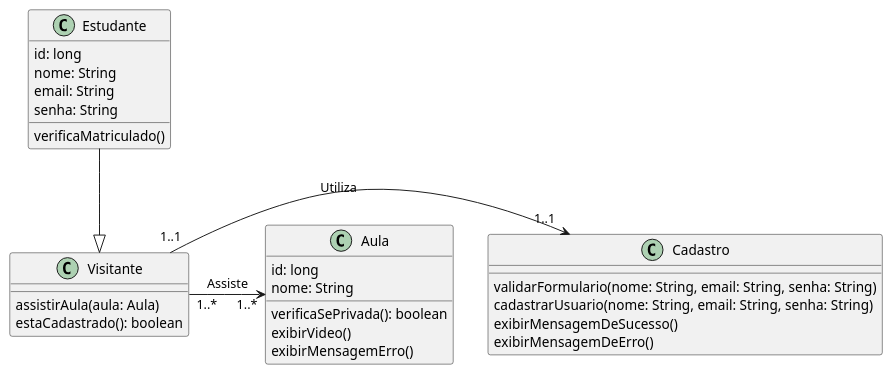
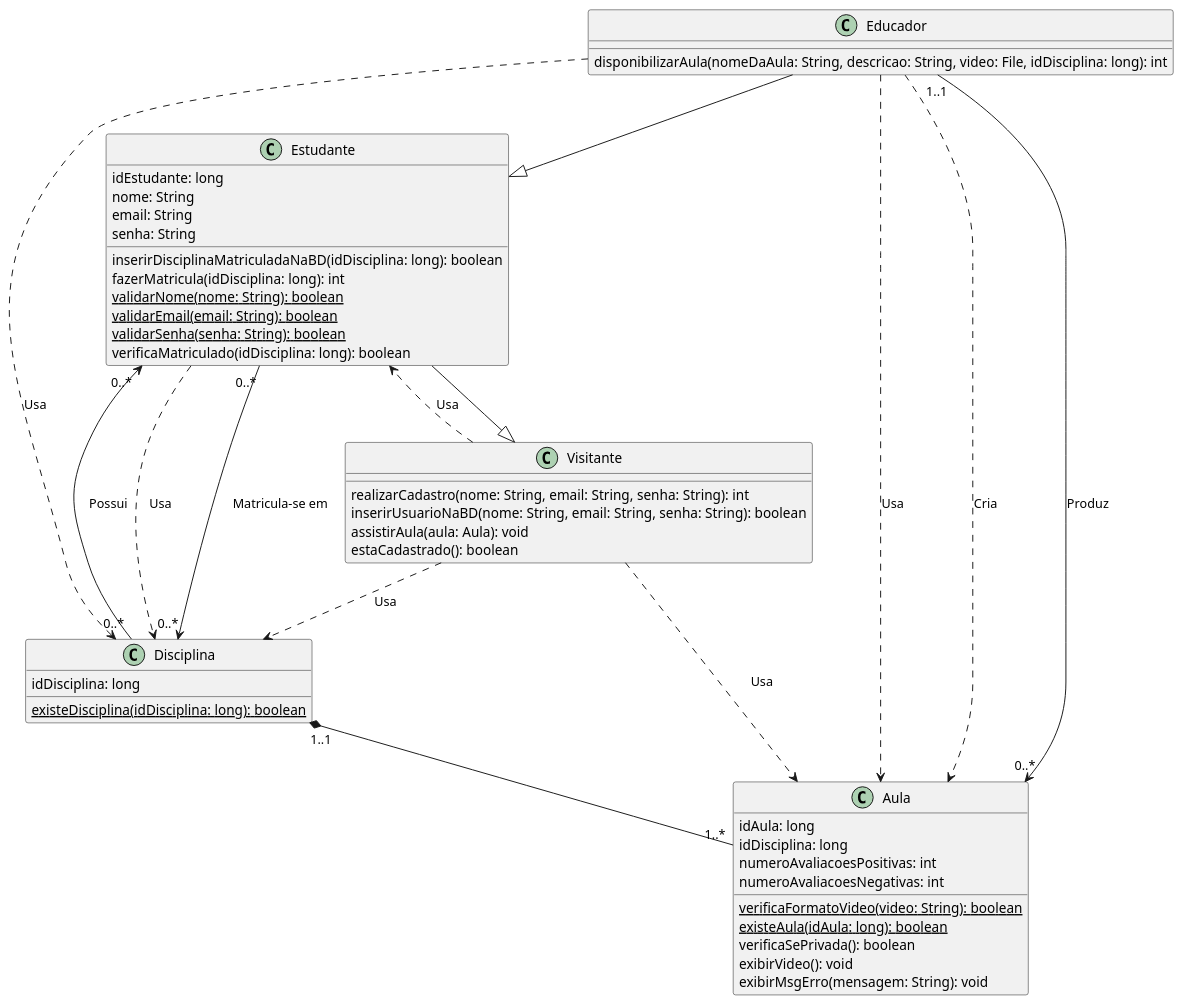
The diagram in diagrama_classes/diag_classes.plantuml (lucasg-mm/ensinet), drawn with PlantUML before and after one commit. The commit also changed 1 other file, not shown here.

Commit message:
Adiciona diagrama de classes

```diff
--- a/diagrama_classes/diag_classes.plantuml
+++ b/diagrama_classes/diag_classes.plantuml
@@ -1,34 +1,62 @@
 @startuml diagrama_classes
-class Cadastro{
-    validarFormulario(nome: String, email: String, senha: String)
-    cadastrarUsuario(nome: String, email: String, senha: String)
-    exibirMensagemDeSucesso()
-    exibirMensagemDeErro()
+class Estudante{
+    idEstudante: long
+    nome: String
+    email: String
+    senha: String
+    inserirDisciplinaMatriculadaNaBD(idDisciplina: long): boolean  
+    fazerMatricula(idDisciplina: long): int
+    {static}validarNome(nome: String): boolean
+    {static}validarEmail(email: String): boolean
+    {static}validarSenha(senha: String): boolean
+    verificaMatriculado(idDisciplina: long): boolean
+}
+
+class Disciplina{
+    idDisciplina: long
+    {static}existeDisciplina(idDisciplina: long): boolean
 }
 
 class Visitante{
-    assistirAula(aula: Aula)
+    realizarCadastro(nome: String, email: String, senha: String): int
+    inserirUsuarioNaBD(nome: String, email: String, senha: String): boolean    
+    assistirAula(aula: Aula): void
     estaCadastrado(): boolean
 }
 
-class Aula{
-    id: long
-    nome: String
-    verificaSePrivada(): boolean
-    exibirVideo()
-    exibirMensagemErro() 
+class Educador{
+    disponibilizarAula(nomeDaAula: String, descricao: String, video: File, idDisciplina: long): int
 }
 
-class Estudante{
-    id: long
-    nome: String
-    email: String
-    senha: String
-    verificaMatriculado()  
+class Aula{
+    idAula: long
+    idDisciplina: long
+    numeroAvaliacoesPositivas: int
+    numeroAvaliacoesNegativas: int
+    {static}verificaFormatoVideo(video: String): boolean
+    {static}existeAula(idAula: long): boolean
+    verificaSePrivada(): boolean
+    exibirVideo(): void
+    exibirMsgErro(mensagem: String): void 
 }
 
+' heranças
 Estudante--|>Visitante
-Visitante"1..1"-right->"1..1"Cadastro: Utiliza
-Visitante"1..*"-right->"1..*"Aula: Assiste
+Educador--|>Estudante
+
+' dependencias
+Estudante..>Disciplina: Usa
+Educador..>Disciplina: Usa  
+Educador..>Aula: Usa
+Educador..>Aula: Cria
+Visitante..>Aula: Usa
+Visitante..>Estudante: Usa
+Visitante..>Disciplina: Usa
+
+' associações
+Disciplina"1..1"*--"1..*"Aula
+Disciplina"0..*"-right->"0..*"Estudante: Possui
+Estudante"0..*"-right->"0..*"Disciplina: Matricula-se em
+Educador"1..1"-right->"0..*"Aula: Produz
 
 @enduml
```
